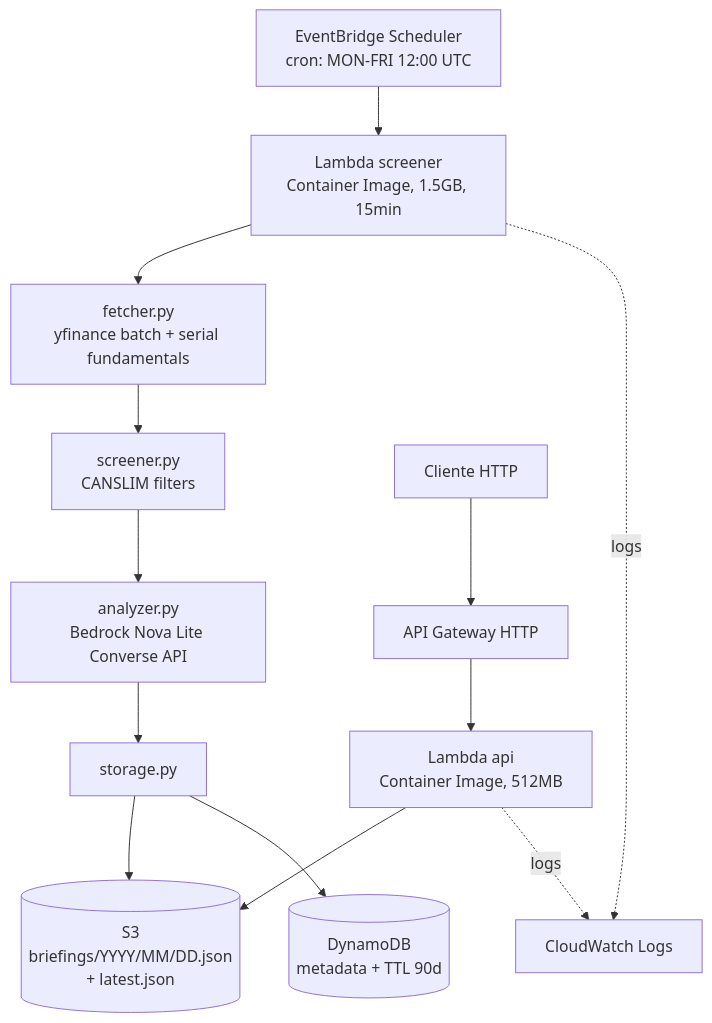
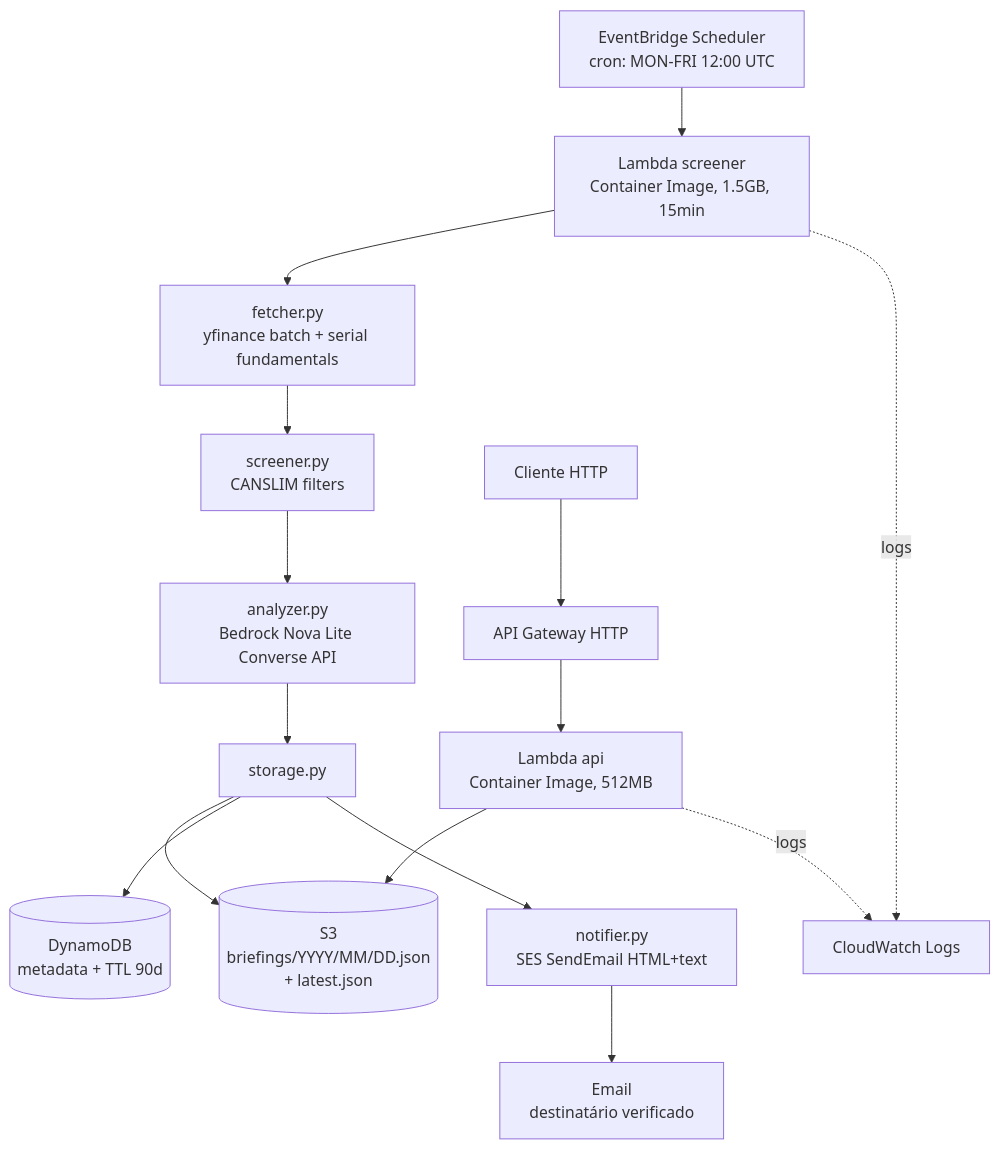
One commit to Ant4rez/Alphagen-Daily changed the diagram in CONTEXT.md. Above: the diagram before and after it, drawn with Mermaid. The commit also changed other lines of this file and 2 other files, not shown here.

First line of the commit message:
docs: reflect SES notifier feature in CONTEXT, ARCHITECTURE and roadmap

````diff
--- a/CONTEXT.md
+++ b/CONTEXT.md
@@ -106,17 +108,19 @@
 ```mermaid
 flowchart TD
     Cron[EventBridge Scheduler<br/>cron: MON-FRI 12:00 UTC] --> Screener
     Screener[Lambda screener<br/>Container Image, 1.5GB, 15min] --> Fetch
     Fetch[fetcher.py<br/>yfinance batch + serial fundamentals] --> Filter
     Filter[screener.py<br/>CANSLIM filters] --> Analyze
     Analyze[analyzer.py<br/>Bedrock Nova Lite Converse API] --> Persist
     Persist[storage.py] --> S3[(S3<br/>briefings/YYYY/MM/DD.json<br/>+ latest.json)]
     Persist --> DDB[(DynamoDB<br/>metadata + TTL 90d)]
+    Persist --> Notify[notifier.py<br/>SES SendEmail HTML+text]
+    Notify --> Inbox[Email<br/>destinatário verificado]
 
     Client[Cliente HTTP] --> ApiGW[API Gateway HTTP]
     ApiGW --> Api[Lambda api<br/>Container Image, 512MB]
     Api --> S3
 
     Screener -.logs.-> CW[CloudWatch Logs]
     Api -.logs.-> CW
 ```
````
